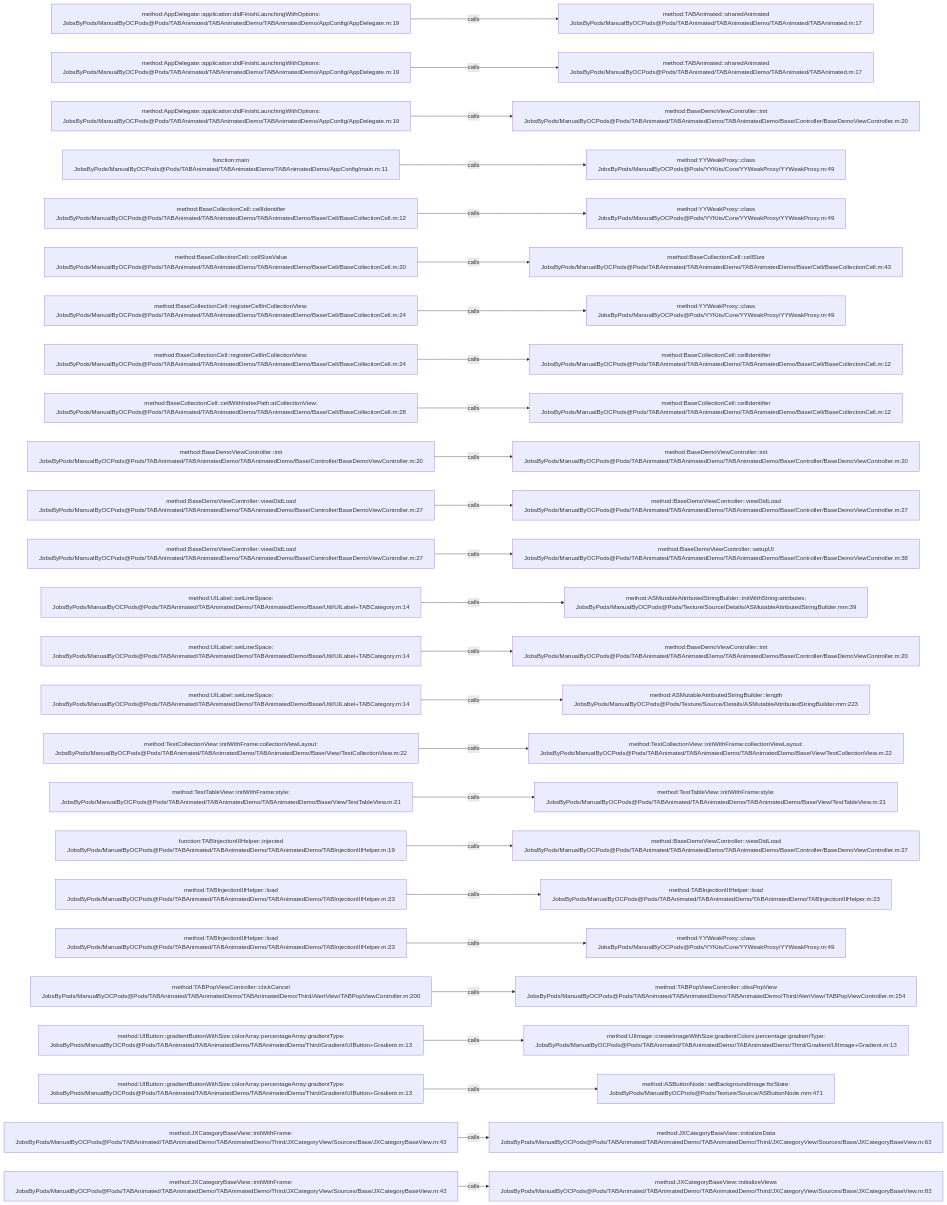
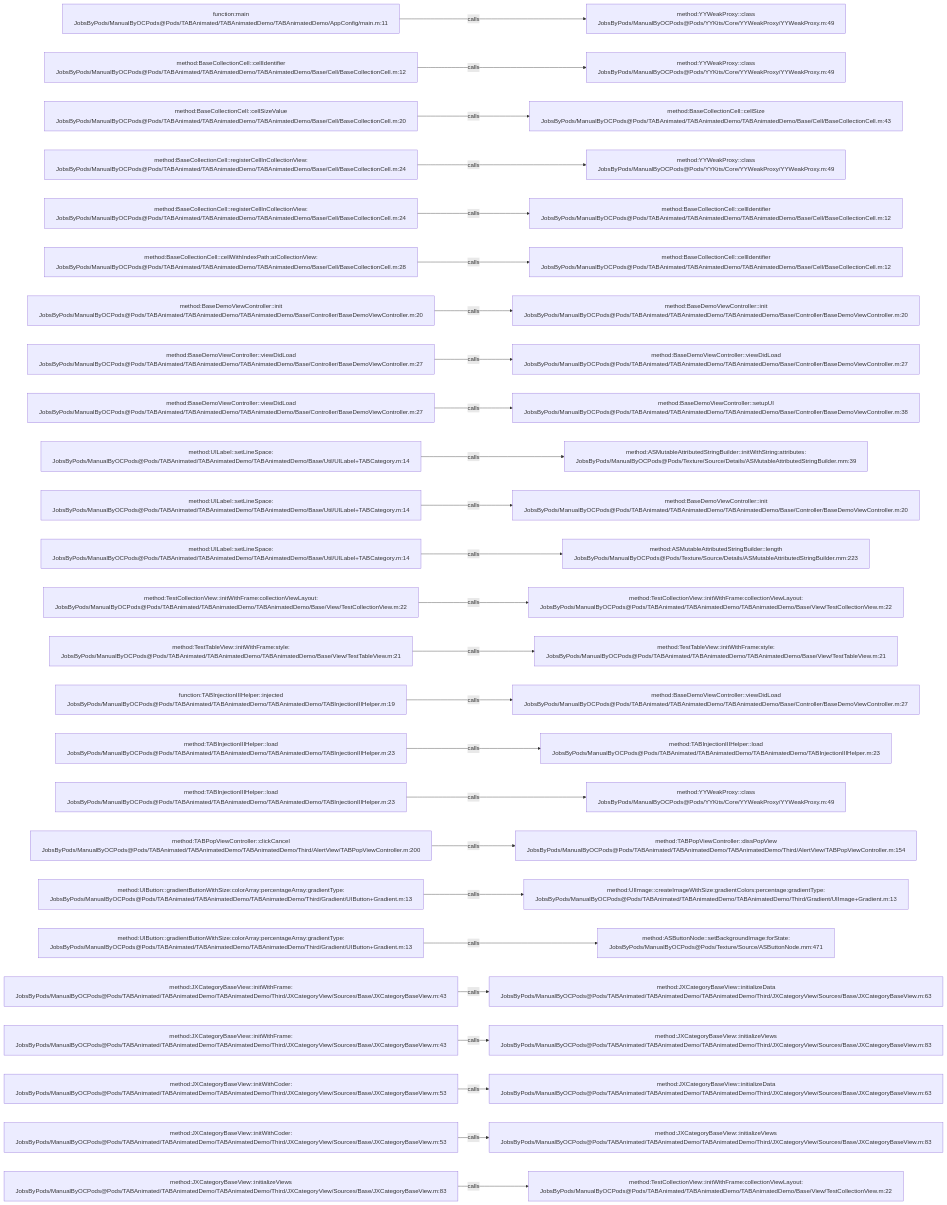
The diagram in .codegraph/codegraph.md/graphs/calls-042.md (JobsKits/JobsOCBaseConfigDemo), drawn with Mermaid before and after one commit. The commit also changed 342 other files, not shown here.

````diff
--- a/.codegraph/codegraph.md/graphs/calls-042.md
+++ b/.codegraph/codegraph.md/graphs/calls-042.md
@@ -13,78 +13,78 @@
 ```mermaid
 flowchart LR
-  S1["method:AppDelegate::application:didFinishLaunchingWithOptions:<br/>JobsByPods/ManualByOCPods@Pods/TABAnimated/TABAnimatedDemo/TABAnimatedDemo/AppConfig/AppDelegate.m:19"]
-  T1["method:TABAnimated::sharedAnimated<br/>JobsByPods/ManualByOCPods@Pods/TABAnimated/TABAnimatedDemo/TABAnimated/TABAnimated.m:17"]
+  S1["function:main<br/>JobsByPods/ManualByOCPods@Pods/TABAnimated/TABAnimatedDemo/TABAnimatedDemo/AppConfig/main.m:11"]
+  T1["method:YYWeakProxy::class<br/>JobsByPods/ManualByOCPods@Pods/YYKits/Core/YYWeakProxy/YYWeakProxy.m:49"]
   S1 -->|calls| T1
-  S2["method:AppDelegate::application:didFinishLaunchingWithOptions:<br/>JobsByPods/ManualByOCPods@Pods/TABAnimated/TABAnimatedDemo/TABAnimatedDemo/AppConfig/AppDelegate.m:19"]
-  T2["method:TABAnimated::sharedAnimated<br/>JobsByPods/ManualByOCPods@Pods/TABAnimated/TABAnimatedDemo/TABAnimated/TABAnimated.m:17"]
+  S2["method:BaseCollectionCell::cellIdentifier<br/>JobsByPods/ManualByOCPods@Pods/TABAnimated/TABAnimatedDemo/TABAnimatedDemo/Base/Cell/BaseCollectionCell.m:12"]
+  T2["method:YYWeakProxy::class<br/>JobsByPods/ManualByOCPods@Pods/YYKits/Core/YYWeakProxy/YYWeakProxy.m:49"]
   S2 -->|calls| T2
-  S3["method:AppDelegate::application:didFinishLaunchingWithOptions:<br/>JobsByPods/ManualByOCPods@Pods/TABAnimated/TABAnimatedDemo/TABAnimatedDemo/AppConfig/AppDelegate.m:19"]
-  T3["method:BaseDemoViewController::init<br/>JobsByPods/ManualByOCPods@Pods/TABAnimated/TABAnimatedDemo/TABAnimatedDemo/Base/Controller/BaseDemoViewController.m:20"]
+  S3["method:BaseCollectionCell::cellSizeValue<br/>JobsByPods/ManualByOCPods@Pods/TABAnimated/TABAnimatedDemo/TABAnimatedDemo/Base/Cell/BaseCollectionCell.m:20"]
+  T3["method:BaseCollectionCell::cellSize<br/>JobsByPods/ManualByOCPods@Pods/TABAnimated/TABAnimatedDemo/TABAnimatedDemo/Base/Cell/BaseCollectionCell.m:43"]
   S3 -->|calls| T3
-  S4["function:main<br/>JobsByPods/ManualByOCPods@Pods/TABAnimated/TABAnimatedDemo/TABAnimatedDemo/AppConfig/main.m:11"]
+  S4["method:BaseCollectionCell::registerCellInCollectionView:<br/>JobsByPods/ManualByOCPods@Pods/TABAnimated/TABAnimatedDemo/TABAnimatedDemo/Base/Cell/BaseCollectionCell.m:24"]
   T4["method:YYWeakProxy::class<br/>JobsByPods/ManualByOCPods@Pods/YYKits/Core/YYWeakProxy/YYWeakProxy.m:49"]
   S4 -->|calls| T4
-  S5["method:BaseCollectionCell::cellIdentifier<br/>JobsByPods/ManualByOCPods@Pods/TABAnimated/TABAnimatedDemo/TABAnimatedDemo/Base/Cell/BaseCollectionCell.m:12"]
-  T5["method:YYWeakProxy::class<br/>JobsByPods/ManualByOCPods@Pods/YYKits/Core/YYWeakProxy/YYWeakProxy.m:49"]
+  S5["method:BaseCollectionCell::registerCellInCollectionView:<br/>JobsByPods/ManualByOCPods@Pods/TABAnimated/TABAnimatedDemo/TABAnimatedDemo/Base/Cell/BaseCollectionCell.m:24"]
+  T5["method:BaseCollectionCell::cellIdentifier<br/>JobsByPods/ManualByOCPods@Pods/TABAnimated/TABAnimatedDemo/TABAnimatedDemo/Base/Cell/BaseCollectionCell.m:12"]
   S5 -->|calls| T5
-  S6["method:BaseCollectionCell::cellSizeValue<br/>JobsByPods/ManualByOCPods@Pods/TABAnimated/TABAnimatedDemo/TABAnimatedDemo/Base/Cell/BaseCollectionCell.m:20"]
-  T6["method:BaseCollectionCell::cellSize<br/>JobsByPods/ManualByOCPods@Pods/TABAnimated/TABAnimatedDemo/TABAnimatedDemo/Base/Cell/BaseCollectionCell.m:43"]
+  S6["method:BaseCollectionCell::cellWithIndexPath:atCollectionView:<br/>JobsByPods/ManualByOCPods@Pods/TABAnimated/TABAnimatedDemo/TABAnimatedDemo/Base/Cell/BaseCollectionCell.m:28"]
+  T6["method:BaseCollectionCell::cellIdentifier<br/>JobsByPods/ManualByOCPods@Pods/TABAnimated/TABAnimatedDemo/TABAnimatedDemo/Base/Cell/BaseCollectionCell.m:12"]
   S6 -->|calls| T6
-  S7["method:BaseCollectionCell::registerCellInCollectionView:<br/>JobsByPods/ManualByOCPods@Pods/TABAnimated/TABAnimatedDemo/TABAnimatedDemo/Base/Cell/BaseCollectionCell.m:24"]
-  T7["method:YYWeakProxy::class<br/>JobsByPods/ManualByOCPods@Pods/YYKits/Core/YYWeakProxy/YYWeakProxy.m:49"]
+  S7["method:BaseDemoViewController::init<br/>JobsByPods/ManualByOCPods@Pods/TABAnimated/TABAnimatedDemo/TABAnimatedDemo/Base/Controller/BaseDemoViewController.m:20"]
+  T7["method:BaseDemoViewController::init<br/>JobsByPods/ManualByOCPods@Pods/TABAnimated/TABAnimatedDemo/TABAnimatedDemo/Base/Controller/BaseDemoViewController.m:20"]
   S7 -->|calls| T7
-  S8["method:BaseCollectionCell::registerCellInCollectionView:<br/>JobsByPods/ManualByOCPods@Pods/TABAnimated/TABAnimatedDemo/TABAnimatedDemo/Base/Cell/BaseCollectionCell.m:24"]
-  T8["method:BaseCollectionCell::cellIdentifier<br/>JobsByPods/ManualByOCPods@Pods/TABAnimated/TABAnimatedDemo/TABAnimatedDemo/Base/Cell/BaseCollectionCell.m:12"]
+  S8["method:BaseDemoViewController::viewDidLoad<br/>JobsByPods/ManualByOCPods@Pods/TABAnimated/TABAnimatedDemo/TABAnimatedDemo/Base/Controller/BaseDemoViewController.m:27"]
+  T8["method:BaseDemoViewController::viewDidLoad<br/>JobsByPods/ManualByOCPods@Pods/TABAnimated/TABAnimatedDemo/TABAnimatedDemo/Base/Controller/BaseDemoViewController.m:27"]
   S8 -->|calls| T8
-  S9["method:BaseCollectionCell::cellWithIndexPath:atCollectionView:<br/>JobsByPods/ManualByOCPods@Pods/TABAnimated/TABAnimatedDemo/TABAnimatedDemo/Base/Cell/BaseCollectionCell.m:28"]
-  T9["method:BaseCollectionCell::cellIdentifier<br/>JobsByPods/ManualByOCPods@Pods/TABAnimated/TABAnimatedDemo/TABAnimatedDemo/Base/Cell/BaseCollectionCell.m:12"]
+  S9["method:BaseDemoViewController::viewDidLoad<br/>JobsByPods/ManualByOCPods@Pods/TABAnimated/TABAnimatedDemo/TABAnimatedDemo/Base/Controller/BaseDemoViewController.m:27"]
+  T9["method:BaseDemoViewController::setupUI<br/>JobsByPods/ManualByOCPods@Pods/TABAnimated/TABAnimatedDemo/TABAnimatedDemo/Base/Controller/BaseDemoViewController.m:38"]
   S9 -->|calls| T9
-  S10["method:BaseDemoViewController::init<br/>JobsByPods/ManualByOCPods@Pods/TABAnimated/TABAnimatedDemo/TABAnimatedDemo/Base/Controller/BaseDemoViewController.m:20"]
-  T10["method:BaseDemoViewController::init<br/>JobsByPods/ManualByOCPods@Pods/TABAnimated/TABAnimatedDemo/TABAnimatedDemo/Base/Controller/BaseDemoViewController.m:20"]
+  S10["method:UILabel::setLineSpace:<br/>JobsByPods/ManualByOCPods@Pods/TABAnimated/TABAnimatedDemo/TABAnimatedDemo/Base/Util/UILabel+TABCategory.m:14"]
+  T10["method:ASMutableAttributedStringBuilder::initWithString:attributes:<br/>JobsByPods/ManualByOCPods@Pods/Texture/Source/Details/ASMutableAttributedStringBuilder.mm:39"]
   S10 -->|calls| T10
-  S11["method:BaseDemoViewController::viewDidLoad<br/>JobsByPods/ManualByOCPods@Pods/TABAnimated/TABAnimatedDemo/TABAnimatedDemo/Base/Controller/BaseDemoViewController.m:27"]
-  T11["method:BaseDemoViewController::viewDidLoad<br/>JobsByPods/ManualByOCPods@Pods/TABAnimated/TABAnimatedDemo/TABAnimatedDemo/Base/Controller/BaseDemoViewController.m:27"]
+  S11["method:UILabel::setLineSpace:<br/>JobsByPods/ManualByOCPods@Pods/TABAnimated/TABAnimatedDemo/TABAnimatedDemo/Base/Util/UILabel+TABCategory.m:14"]
+  T11["method:BaseDemoViewController::init<br/>JobsByPods/ManualByOCPods@Pods/TABAnimated/TABAnimatedDemo/TABAnimatedDemo/Base/Controller/BaseDemoViewController.m:20"]
   S11 -->|calls| T11
-  S12["method:BaseDemoViewController::viewDidLoad<br/>JobsByPods/ManualByOCPods@Pods/TABAnimated/TABAnimatedDemo/TABAnimatedDemo/Base/Controller/BaseDemoViewController.m:27"]
-  T12["method:BaseDemoViewController::setupUI<br/>JobsByPods/ManualByOCPods@Pods/TABAnimated/TABAnimatedDemo/TABAnimatedDemo/Base/Controller/BaseDemoViewController.m:38"]
+  S12["method:UILabel::setLineSpace:<br/>JobsByPods/ManualByOCPods@Pods/TABAnimated/TABAnimatedDemo/TABAnimatedDemo/Base/Util/UILabel+TABCategory.m:14"]
+  T12["method:ASMutableAttributedStringBuilder::length<br/>JobsByPods/ManualByOCPods@Pods/Texture/Source/Details/ASMutableAttributedStringBuilder.mm:223"]
   S12 -->|calls| T12
-  S13["method:UILabel::setLineSpace:<br/>JobsByPods/ManualByOCPods@Pods/TABAnimated/TABAnimatedDemo/TABAnimatedDemo/Base/Util/UILabel+TABCategory.m:14"]
-  T13["method:ASMutableAttributedStringBuilder::initWithString:attributes:<br/>JobsByPods/ManualByOCPods@Pods/Texture/Source/Details/ASMutableAttributedStringBuilder.mm:39"]
+  S13["method:TestCollectionView::initWithFrame:collectionViewLayout:<br/>JobsByPods/ManualByOCPods@Pods/TABAnimated/TABAnimatedDemo/TABAnimatedDemo/Base/View/TestCollectionView.m:22"]
+  T13["method:TestCollectionView::initWithFrame:collectionViewLayout:<br/>JobsByPods/ManualByOCPods@Pods/TABAnimated/TABAnimatedDemo/TABAnimatedDemo/Base/View/TestCollectionView.m:22"]
   S13 -->|calls| T13
-  S14["method:UILabel::setLineSpace:<br/>JobsByPods/ManualByOCPods@Pods/TABAnimated/TABAnimatedDemo/TABAnimatedDemo/Base/Util/UILabel+TABCategory.m:14"]
-  T14["method:BaseDemoViewController::init<br/>JobsByPods/ManualByOCPods@Pods/TABAnimated/TABAnimatedDemo/TABAnimatedDemo/Base/Controller/BaseDemoViewController.m:20"]
+  S14["method:TestTableView::initWithFrame:style:<br/>JobsByPods/ManualByOCPods@Pods/TABAnimated/TABAnimatedDemo/TABAnimatedDemo/Base/View/TestTableView.m:21"]
+  T14["method:TestTableView::initWithFrame:style:<br/>JobsByPods/ManualByOCPods@Pods/TABAnimated/TABAnimatedDemo/TABAnimatedDemo/Base/View/TestTableView.m:21"]
   S14 -->|calls| T14
-  S15["method:UILabel::setLineSpace:<br/>JobsByPods/ManualByOCPods@Pods/TABAnimated/TABAnimatedDemo/TABAnimatedDemo/Base/Util/UILabel+TABCategory.m:14"]
-  T15["method:ASMutableAttributedStringBuilder::length<br/>JobsByPods/ManualByOCPods@Pods/Texture/Source/Details/ASMutableAttributedStringBuilder.mm:223"]
+  S15["function:TABInjectionIIIHelper::injected<br/>JobsByPods/ManualByOCPods@Pods/TABAnimated/TABAnimatedDemo/TABAnimatedDemo/TABInjectionIIIHelper.m:19"]
+  T15["method:BaseDemoViewController::viewDidLoad<br/>JobsByPods/ManualByOCPods@Pods/TABAnimated/TABAnimatedDemo/TABAnimatedDemo/Base/Controller/BaseDemoViewController.m:27"]
   S15 -->|calls| T15
-  S16["method:TestCollectionView::initWithFrame:collectionViewLayout:<br/>JobsByPods/ManualByOCPods@Pods/TABAnimated/TABAnimatedDemo/TABAnimatedDemo/Base/View/TestCollectionView.m:22"]
-  T16["method:TestCollectionView::initWithFrame:collectionViewLayout:<br/>JobsByPods/ManualByOCPods@Pods/TABAnimated/TABAnimatedDemo/TABAnimatedDemo/Base/View/TestCollectionView.m:22"]
+  S16["method:TABInjectionIIIHelper::load<br/>JobsByPods/ManualByOCPods@Pods/TABAnimated/TABAnimatedDemo/TABAnimatedDemo/TABInjectionIIIHelper.m:23"]
+  T16["method:TABInjectionIIIHelper::load<br/>JobsByPods/ManualByOCPods@Pods/TABAnimated/TABAnimatedDemo/TABAnimatedDemo/TABInjectionIIIHelper.m:23"]
   S16 -->|calls| T16
-  S17["method:TestTableView::initWithFrame:style:<br/>JobsByPods/ManualByOCPods@Pods/TABAnimated/TABAnimatedDemo/TABAnimatedDemo/Base/View/TestTableView.m:21"]
-  T17["method:TestTableView::initWithFrame:style:<br/>JobsByPods/ManualByOCPods@Pods/TABAnimated/TABAnimatedDemo/TABAnimatedDemo/Base/View/TestTableView.m:21"]
+  S17["method:TABInjectionIIIHelper::load<br/>JobsByPods/ManualByOCPods@Pods/TABAnimated/TABAnimatedDemo/TABAnimatedDemo/TABInjectionIIIHelper.m:23"]
+  T17["method:YYWeakProxy::class<br/>JobsByPods/ManualByOCPods@Pods/YYKits/Core/YYWeakProxy/YYWeakProxy.m:49"]
   S17 -->|calls| T17
-  S18["function:TABInjectionIIIHelper::injected<br/>JobsByPods/ManualByOCPods@Pods/TABAnimated/TABAnimatedDemo/TABAnimatedDemo/TABInjectionIIIHelper.m:19"]
-  T18["method:BaseDemoViewController::viewDidLoad<br/>JobsByPods/ManualByOCPods@Pods/TABAnimated/TABAnimatedDemo/TABAnimatedDemo/Base/Controller/BaseDemoViewController.m:27"]
+  S18["method:TABPopViewController::clickCancel<br/>JobsByPods/ManualByOCPods@Pods/TABAnimated/TABAnimatedDemo/TABAnimatedDemo/Third/AlertView/TABPopViewController.m:200"]
+  T18["method:TABPopViewController::dissPopView<br/>JobsByPods/ManualByOCPods@Pods/TABAnimated/TABAnimatedDemo/TABAnimatedDemo/Third/AlertView/TABPopViewController.m:154"]
   S18 -->|calls| T18
-  S19["method:TABInjectionIIIHelper::load<br/>JobsByPods/ManualByOCPods@Pods/TABAnimated/TABAnimatedDemo/TABAnimatedDemo/TABInjectionIIIHelper.m:23"]
-  T19["method:TABInjectionIIIHelper::load<br/>JobsByPods/ManualByOCPods@Pods/TABAnimated/TABAnimatedDemo/TABAnimatedDemo/TABInjectionIIIHelper.m:23"]
+  S19["method:UIButton::gradientButtonWithSize:colorArray:percentageArray:gradientType:<br/>JobsByPods/ManualByOCPods@Pods/TABAnimated/TABAnimatedDemo/TABAnimatedDemo/Third/Gradient/UIButton+Gradient.m:13"]
+  T19["method:UIImage::createImageWithSize:gradientColors:percentage:gradientType:<br/>JobsByPods/ManualByOCPods@Pods/TABAnimated/TABAnimatedDemo/TABAnimatedDemo/Third/Gradient/UIImage+Gradient.m:13"]
   S19 -->|calls| T19
-  S20["method:TABInjectionIIIHelper::load<br/>JobsByPods/ManualByOCPods@Pods/TABAnimated/TABAnimatedDemo/TABAnimatedDemo/TABInjectionIIIHelper.m:23"]
-  T20["method:YYWeakProxy::class<br/>JobsByPods/ManualByOCPods@Pods/YYKits/Core/YYWeakProxy/YYWeakProxy.m:49"]
+  S20["method:UIButton::gradientButtonWithSize:colorArray:percentageArray:gradientType:<br/>JobsByPods/ManualByOCPods@Pods/TABAnimated/TABAnimatedDemo/TABAnimatedDemo/Third/Gradient/UIButton+Gradient.m:13"]
+  T20["method:ASButtonNode::setBackgroundImage:forState:<br/>JobsByPods/ManualByOCPods@Pods/Texture/Source/ASButtonNode.mm:471"]
   S20 -->|calls| T20
-  S21["method:TABPopViewController::clickCancel<br/>JobsByPods/ManualByOCPods@Pods/TABAnimated/TABAnimatedDemo/TABAnimatedDemo/Third/AlertView/TABPopViewController.m:200"]
-  T21["method:TABPopViewController::dissPopView<br/>JobsByPods/ManualByOCPods@Pods/TABAnimated/TABAnimatedDemo/TABAnimatedDemo/Third/AlertView/TABPopViewController.m:154"]
+  S21["method:JXCategoryBaseView::initWithFrame:<br/>JobsByPods/ManualByOCPods@Pods/TABAnimated/TABAnimatedDemo/TABAnimatedDemo/Third/JXCategoryView/Sources/Base/JXCategoryBaseView.m:43"]
+  T21["method:JXCategoryBaseView::initializeData<br/>JobsByPods/ManualByOCPods@Pods/TABAnimated/TABAnimatedDemo/TABAnimatedDemo/Third/JXCategoryView/Sources/Base/JXCategoryBaseView.m:63"]
   S21 -->|calls| T21
-  S22["method:UIButton::gradientButtonWithSize:colorArray:percentageArray:gradientType:<br/>JobsByPods/ManualByOCPods@Pods/TABAnimated/TABAnimatedDemo/TABAnimatedDemo/Third/Gradient/UIButton+Gradient.m:13"]
-  T22["method:UIImage::createImageWithSize:gradientColors:percentage:gradientType:<br/>JobsByPods/ManualByOCPods@Pods/TABAnimated/TABAnimatedDemo/TABAnimatedDemo/Third/Gradient/UIImage+Gradient.m:13"]
+  S22["method:JXCategoryBaseView::initWithFrame:<br/>JobsByPods/ManualByOCPods@Pods/TABAnimated/TABAnimatedDemo/TABAnimatedDemo/Third/JXCategoryView/Sources/Base/JXCategoryBaseView.m:43"]
+  T22["method:JXCategoryBaseView::initializeViews<br/>JobsByPods/ManualByOCPods@Pods/TABAnimated/TABAnimatedDemo/TABAnimatedDemo/Third/JXCategoryView/Sources/Base/JXCategoryBaseView.m:83"]
   S22 -->|calls| T22
-  S23["method:UIButton::gradientButtonWithSize:colorArray:percentageArray:gradientType:<br/>JobsByPods/ManualByOCPods@Pods/TABAnimated/TABAnimatedDemo/TABAnimatedDemo/Third/Gradient/UIButton+Gradient.m:13"]
-  T23["method:ASButtonNode::setBackgroundImage:forState:<br/>JobsByPods/ManualByOCPods@Pods/Texture/Source/ASButtonNode.mm:471"]
+  S23["method:JXCategoryBaseView::initWithCoder:<br/>JobsByPods/ManualByOCPods@Pods/TABAnimated/TABAnimatedDemo/TABAnimatedDemo/Third/JXCategoryView/Sources/Base/JXCategoryBaseView.m:53"]
+  T23["method:JXCategoryBaseView::initializeData<br/>JobsByPods/ManualByOCPods@Pods/TABAnimated/TABAnimatedDemo/TABAnimatedDemo/Third/JXCategoryView/Sources/Base/JXCategoryBaseView.m:63"]
   S23 -->|calls| T23
-  S24["method:JXCategoryBaseView::initWithFrame:<br/>JobsByPods/ManualByOCPods@Pods/TABAnimated/TABAnimatedDemo/TABAnimatedDemo/Third/JXCategoryView/Sources/Base/JXCategoryBaseView.m:43"]
-  T24["method:JXCategoryBaseView::initializeData<br/>JobsByPods/ManualByOCPods@Pods/TABAnimated/TABAnimatedDemo/TABAnimatedDemo/Third/JXCategoryView/Sources/Base/JXCategoryBaseView.m:63"]
+  S24["method:JXCategoryBaseView::initWithCoder:<br/>JobsByPods/ManualByOCPods@Pods/TABAnimated/TABAnimatedDemo/TABAnimatedDemo/Third/JXCategoryView/Sources/Base/JXCategoryBaseView.m:53"]
+  T24["method:JXCategoryBaseView::initializeViews<br/>JobsByPods/ManualByOCPods@Pods/TABAnimated/TABAnimatedDemo/TABAnimatedDemo/Third/JXCategoryView/Sources/Base/JXCategoryBaseView.m:83"]
   S24 -->|calls| T24
-  S25["method:JXCategoryBaseView::initWithFrame:<br/>JobsByPods/ManualByOCPods@Pods/TABAnimated/TABAnimatedDemo/TABAnimatedDemo/Third/JXCategoryView/Sources/Base/JXCategoryBaseView.m:43"]
-  T25["method:JXCategoryBaseView::initializeViews<br/>JobsByPods/ManualByOCPods@Pods/TABAnimated/TABAnimatedDemo/TABAnimatedDemo/Third/JXCategoryView/Sources/Base/JXCategoryBaseView.m:83"]
+  S25["method:JXCategoryBaseView::initializeViews<br/>JobsByPods/ManualByOCPods@Pods/TABAnimated/TABAnimatedDemo/TABAnimatedDemo/Third/JXCategoryView/Sources/Base/JXCategoryBaseView.m:83"]
+  T25["method:TestCollectionView::initWithFrame:collectionViewLayout:<br/>JobsByPods/ManualByOCPods@Pods/TABAnimated/TABAnimatedDemo/TABAnimatedDemo/Base/View/TestCollectionView.m:22"]
   S25 -->|calls| T25
 ```
````
